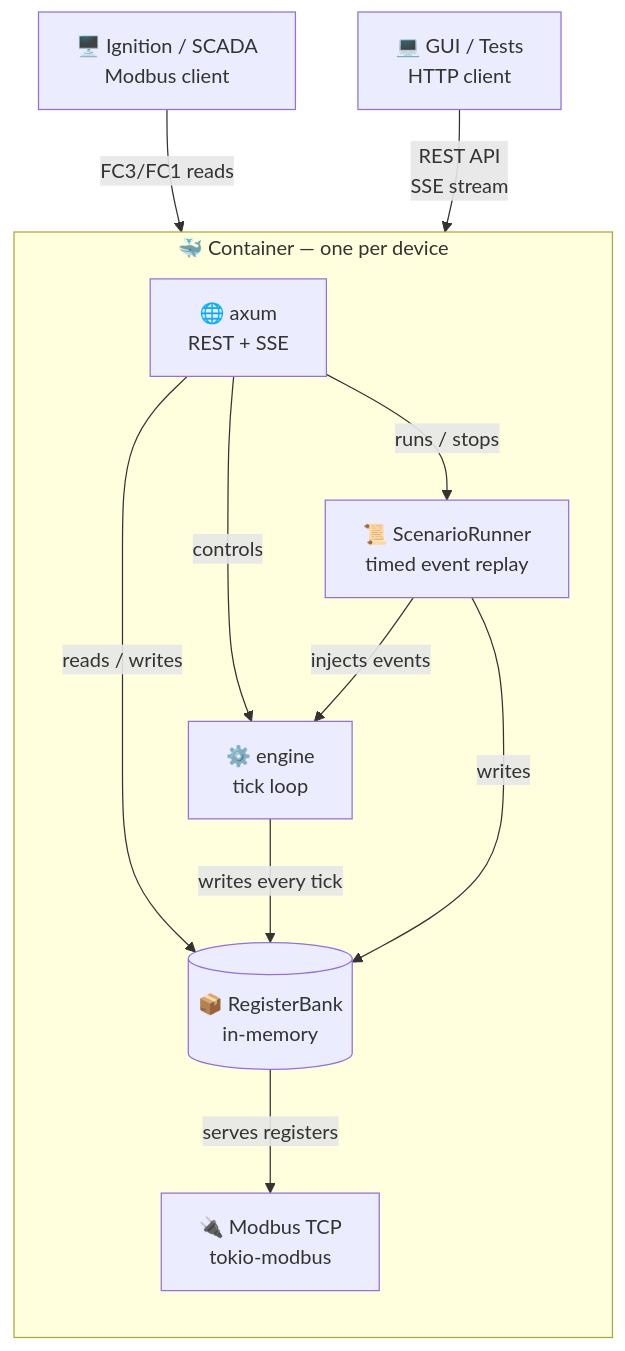
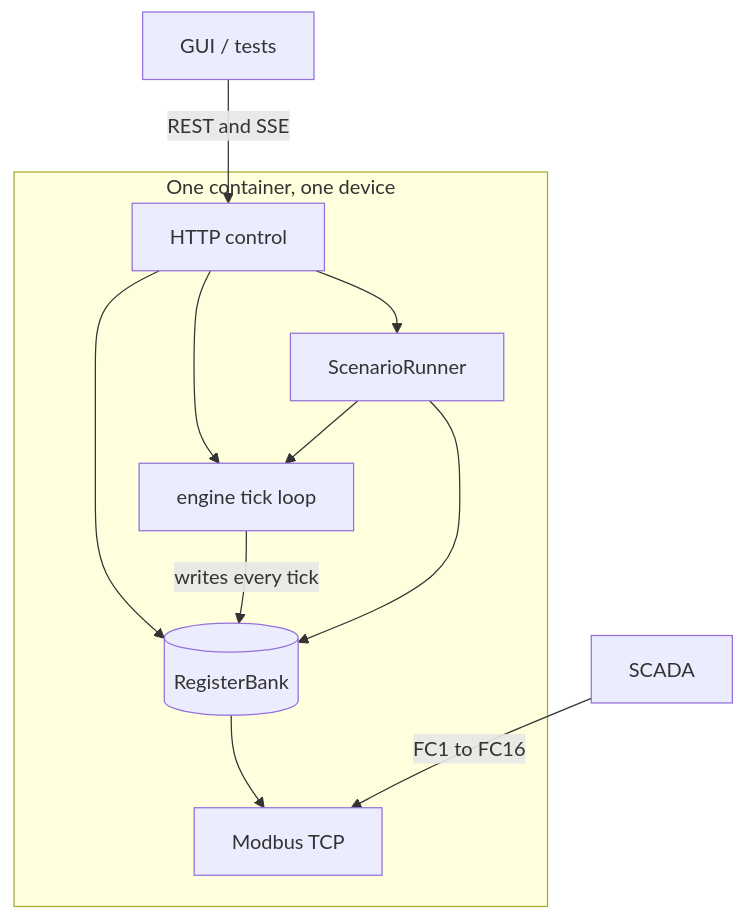
One commit to obsidia-systems/simbus changed the second of 5 diagrams in README.md. Above: the diagram before and after it, drawn with Mermaid. The commit also changed other lines of this file and 15 other files, not shown here.

````diff
--- a/README.md
+++ b/README.md
@@ -184,25 +195,21 @@
 ```mermaid
 flowchart TB
-    subgraph container["🐳 Container — one per device"]
-        direction TB
-        engine["⚙️ engine\ntick loop"]
-        store[("📦 RegisterBank\nin-memory")]
-        modbus["🔌 Modbus TCP\ntokio-modbus"]
-        api["🌐 axum\nREST + SSE"]
-        scenario["📜 ScenarioRunner\ntimed event replay"]
-
-        engine -- "writes every tick" --> store
-        store -- "serves registers" --> modbus
-        api -- "reads / writes" --> store
-        api -- "controls" --> engine
-        api -- "runs / stops" --> scenario
-        scenario -- "injects events" --> engine
-        scenario -- "writes" --> store
+    subgraph container [One container, one device]
+        engine[engine tick loop]
+        store[(RegisterBank)]
+        modbusNode[Modbus TCP]
+        api[HTTP control]
+        scenario[ScenarioRunner]
+        engine -->|writes every tick| store
+        store --> modbusNode
+        api --> store
+        api --> engine
+        api --> scenario
+        scenario --> engine
+        scenario --> store
     end
-
-    scada["🖥️ Ignition / SCADA\nModbus client"]
-    gui["💻 GUI / Tests\nHTTP client"]
-
-    scada -- "FC3/FC1 reads" --> modbus
-    gui -- "REST API\nSSE stream" --> api
+    scada[SCADA]
+    gui[GUI / tests]
+    scada -->|FC1 to FC16| modbusNode
+    gui -->|REST and SSE| api
 ```
````
